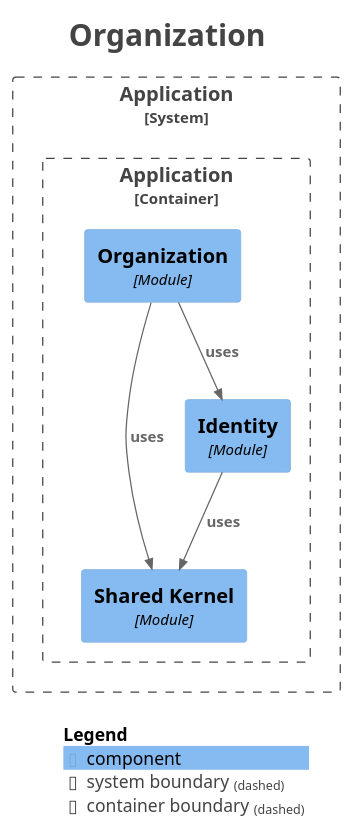
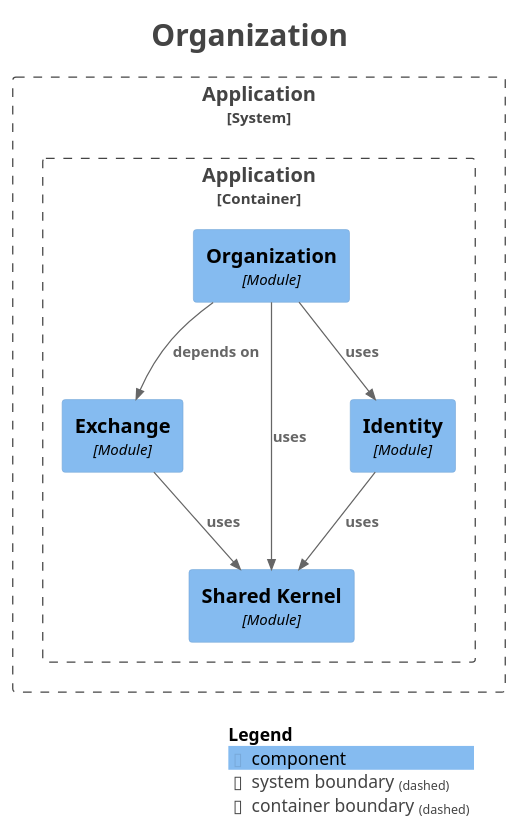
One commit to Paul-Ayesiga/enterprise-modulith-template changed the diagram in docs/modulith/module-organization.puml. Above: the diagram before and after it, drawn with PlantUML. The commit also changed 63 other files, not shown here.

```diff
--- a/docs/modulith/module-organization.puml
+++ b/docs/modulith/module-organization.puml
@@ -1,33 +1,36 @@
 @startuml
 title <size:24>Organization</size>
 
 set separator none
 top to bottom direction
 
 <style>
   root {
     BackgroundColor: #ffffff
     FontColor: #444444
   }
 </style>
 
 !include <C4/C4>
 !include <C4/C4_Context>
 !include <C4/C4_Component>
 
 System_Boundary("Application_boundary", "Application", $tags="") {
   Container_Boundary("Application.Application_boundary", "Application", $tags="") {
+    Component(Application.Application.Exchange, "Exchange", $techn="Module", $descr="", $tags="", $link="")
     Component(Application.Application.Organization, "Organization", $techn="Module", $descr="", $tags="", $link="")
     Component(Application.Application.SharedKernel, "Shared Kernel", $techn="Module", $descr="", $tags="", $link="")
     Component(Application.Application.Identity, "Identity", $techn="Module", $descr="", $tags="", $link="")
   }
 
 }
 
+Rel(Application.Application.Exchange, Application.Application.SharedKernel, "uses", $techn="", $tags="", $link="")
 Rel(Application.Application.Identity, Application.Application.SharedKernel, "uses", $techn="", $tags="", $link="")
+Rel(Application.Application.Organization, Application.Application.Exchange, "depends on", $techn="", $tags="", $link="")
 Rel(Application.Application.Organization, Application.Application.Identity, "uses", $techn="", $tags="", $link="")
 Rel(Application.Application.Organization, Application.Application.SharedKernel, "uses", $techn="", $tags="", $link="")
 
 SHOW_LEGEND(true)
 hide stereotypes
 @enduml
```
